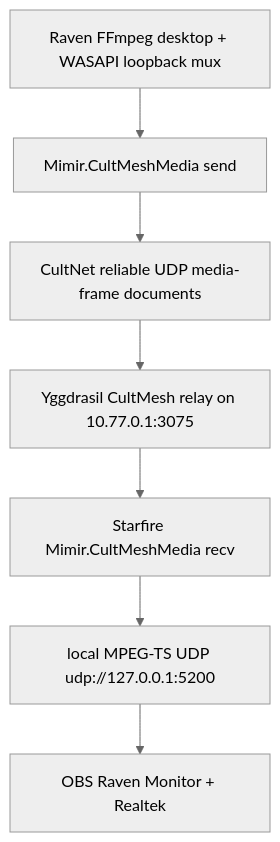
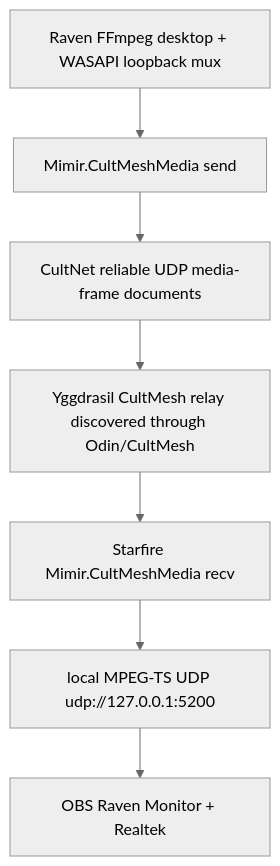
One commit to GameCult/Mimir changed the third of 3 diagrams in notes/current-system-map.md. Above: the diagram before and after it, drawn with Mermaid (neutral theme). The commit also changed other lines of this file and 6 other files, not shown here.

````diff
--- a/notes/current-system-map.md
+++ b/notes/current-system-map.md
@@ -238,9 +252,9 @@
 ```mermaid
 flowchart TD
     A["Raven FFmpeg desktop + WASAPI loopback mux"] --> B["Mimir.CultMeshMedia send"]
     B --> C["CultNet reliable UDP media-frame documents"]
-    C --> D["Yggdrasil CultMesh relay on 10.77.0.1:3075"]
+    C --> D["Yggdrasil CultMesh relay discovered through Odin/CultMesh"]
     D --> E["Starfire Mimir.CultMeshMedia recv"]
     E --> F["local MPEG-TS UDP udp://127.0.0.1:5200"]
     F --> G["OBS Raven Monitor + Realtek"]
 ```
````
